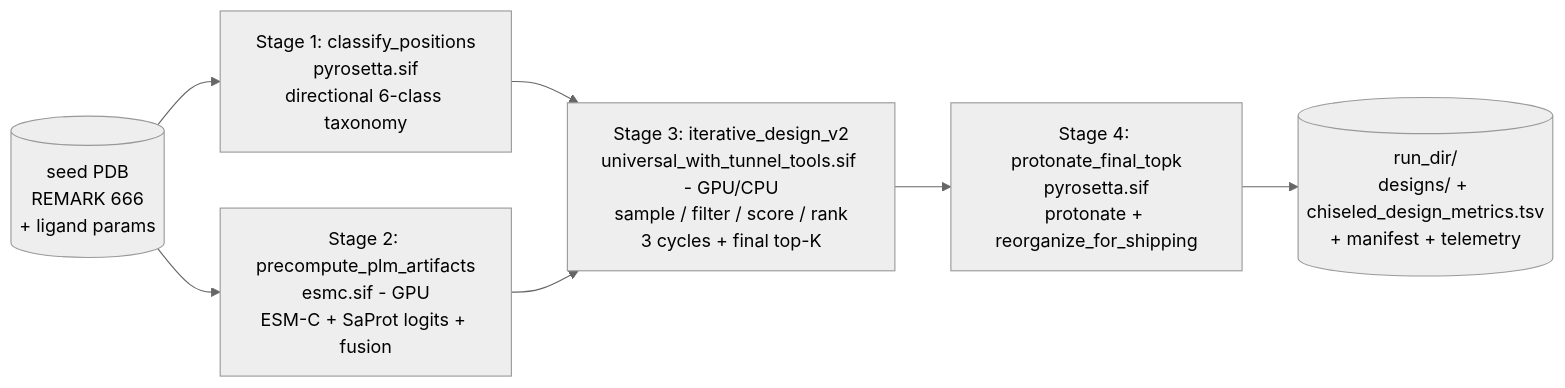
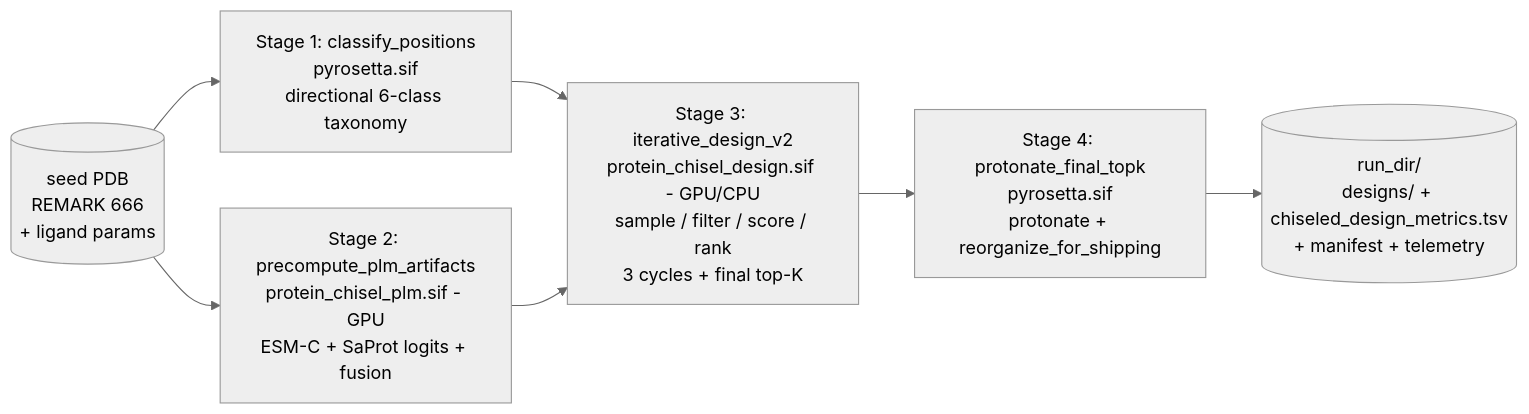
The diagram in README.md (SethWoodbury/protein_chisel), drawn with Mermaid (neutral theme) before and after one commit. The commit also changed other lines of this file and 3 other files, not shown here.

First line of the commit message:
sif suite rename: protein_chisel_plm/_design symlinks + docs

````diff
--- a/README.md
+++ b/README.md
@@ -145,10 +143,10 @@
 ```mermaid
 flowchart LR
     seed[(seed PDB<br/>REMARK 666<br/>+ ligand params)]
     seed --> S1[Stage 1: classify_positions<br/>pyrosetta.sif<br/>directional 6-class taxonomy]
-    seed --> S2[Stage 2: precompute_plm_artifacts<br/>esmc.sif - GPU<br/>ESM-C + SaProt logits + fusion]
+    seed --> S2[Stage 2: precompute_plm_artifacts<br/>protein_chisel_plm.sif - GPU<br/>ESM-C + SaProt logits + fusion]
     S1 --> S3
-    S2 --> S3[Stage 3: iterative_design_v2<br/>universal_with_tunnel_tools.sif - GPU/CPU<br/>sample / filter / score / rank<br/>3 cycles + final top-K]
+    S2 --> S3[Stage 3: iterative_design_v2<br/>protein_chisel_design.sif - GPU/CPU<br/>sample / filter / score / rank<br/>3 cycles + final top-K]
     S3 --> S4[Stage 4: protonate_final_topk<br/>pyrosetta.sif<br/>protonate + reorganize_for_shipping]
     S4 --> out[(run_dir/<br/>designs/ + chiseled_design_metrics.tsv<br/>+ manifest + telemetry)]
 ```
````
